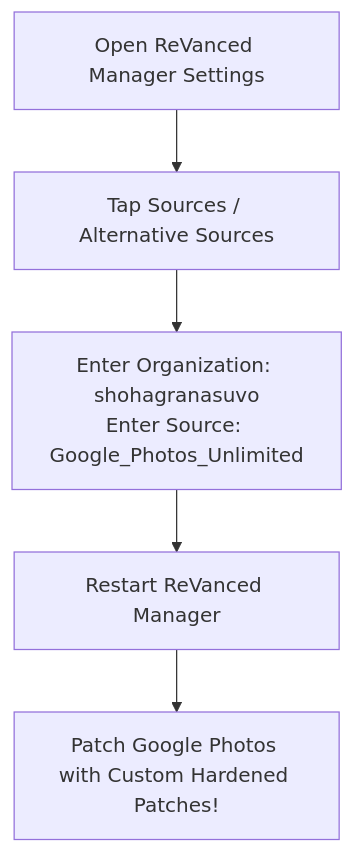
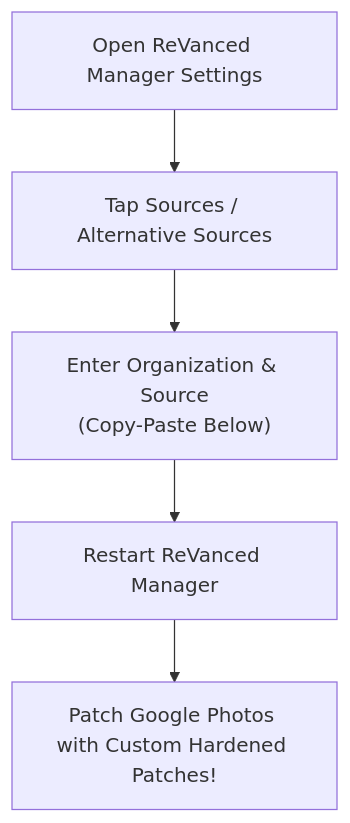
One commit to shohagranasuvo/Google_Photos_Unlimited changed the diagram in docs/custom-patch-source.md. Above: the diagram before and after it, drawn with Mermaid. The commit also changed other lines of this file and 3 other files, not shown here.

Commit message:
fix: update Google Photos base APK download links and provide copyable custom source boxes

````diff
--- a/docs/custom-patch-source.md
+++ b/docs/custom-patch-source.md
@@ -9,7 +9,7 @@
 ```mermaid
 flowchart TD
     A["Open ReVanced Manager Settings"] --> B["Tap Sources / Alternative Sources"]
-    B --> C["Enter Organization: shohagranasuvo\nEnter Source: Google_Photos_Unlimited"]
+    B --> C["Enter Organization & Source\n(Copy-Paste Below)"]
     C --> D["Restart ReVanced Manager"]
     D --> E["Patch Google Photos with Custom Hardened Patches!"]
 ```
````
